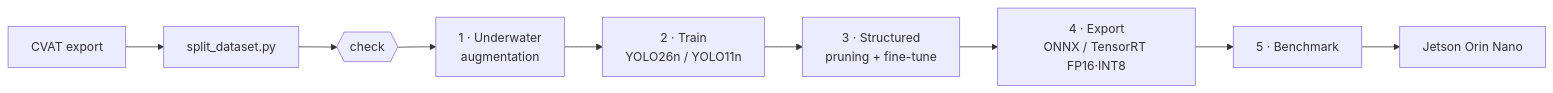
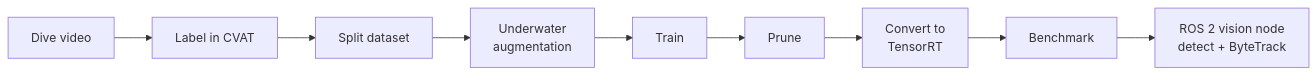
One commit to MadLad10/AUV-Vision-Pipeline changed the diagram in README.md. Above: the diagram before and after it, drawn with Mermaid. The commit also changed other lines of this file and 47 other files, not shown here.

First line of the commit message:
Keep only the pipeline in the repo; add ROS 2 tracking node and task results

````diff
--- a/README.md
+++ b/README.md
@@ -12,11 +14,11 @@
 ```mermaid
 flowchart LR
-    A[CVAT export] --> B[split_dataset.py]
-    B --> C{{check}}
-    C --> D[1 · Underwater<br/>augmentation]
-    D --> E[2 · Train<br/>YOLO26n / YOLO11n]
-    E --> F[3 · Structured<br/>pruning + fine-tune]
-    F --> G[4 · Export<br/>ONNX / TensorRT FP16·INT8]
-    G --> H[5 · Benchmark]
-    H --> I[Jetson Orin Nano]
+    A[Dive video] --> B[Label in CVAT]
+    B --> C[Split dataset]
+    C --> D[Underwater<br/>augmentation]
+    D --> E[Train]
+    E --> F[Prune]
+    F --> G[Convert to<br/>TensorRT]
+    G --> H[Benchmark]
+    H --> I[ROS 2 vision node<br/>detect + ByteTrack]
 ```
````
